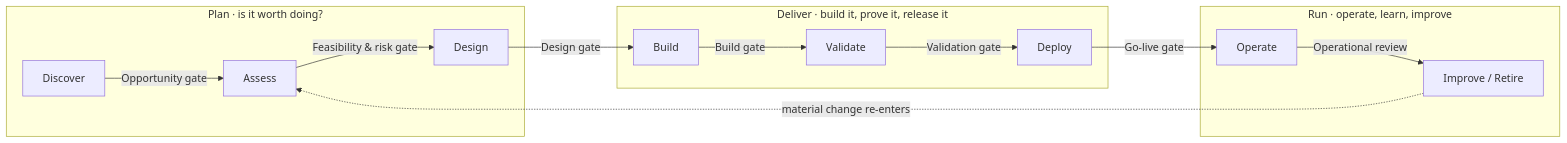
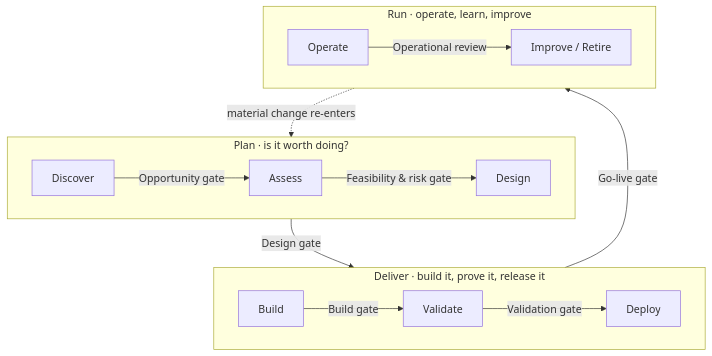
One commit to lautbzehn/ai-solution-navigator changed the first of 2 diagrams in README.md. Above: the diagram before and after it, drawn with Mermaid.

Commit message:
README: stack the lifecycle diagram in three rows so it reads at GitHub width

````diff
--- a/README.md
+++ b/README.md
@@ -59,15 +59,18 @@
 ```mermaid
-flowchart LR
+flowchart TB
   subgraph Plan["Plan · is it worth doing?"]
+    direction LR
     D[Discover] -->|Opportunity gate| A[Assess] -->|Feasibility & risk gate| S[Design]
   end
   subgraph Deliver["Deliver · build it, prove it, release it"]
+    direction LR
     B[Build] -->|Build gate| V[Validate] -->|Validation gate| P[Deploy]
   end
   subgraph Run["Run · operate, learn, improve"]
+    direction LR
     O[Operate] -->|Operational review| I[Improve / Retire]
   end
-  S -->|Design gate| B
-  P -->|Go-live gate| O
-  I -. material change re-enters .-> A
+  Plan -->|Design gate| Deliver
+  Deliver -->|Go-live gate| Run
+  Run -. material change re-enters .-> Plan
 ```
````
